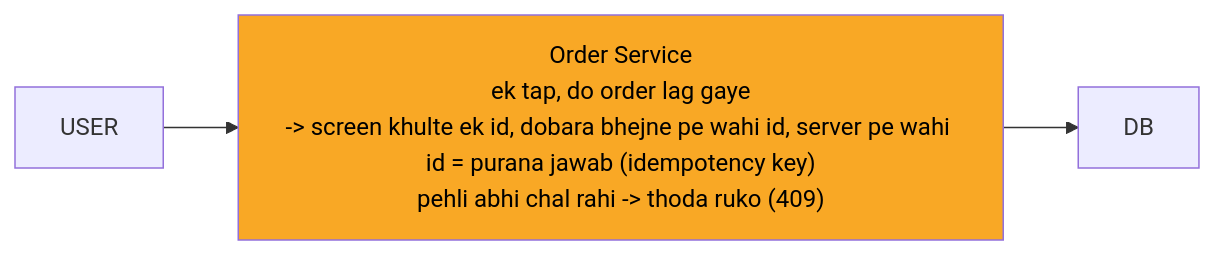
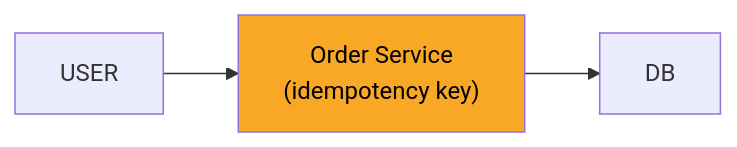
One commit to ArpanMaheshwari144/Prep changed the diagram in 04_HLD/SYSTEM_DESIGNS/05_stock_broker_trading/img/c1.mmd. Above: the diagram before and after it, drawn with Mermaid. The commit also changed 156 other files, not shown here.

```diff
--- a/04_HLD/SYSTEM_DESIGNS/05_stock_broker_trading/img/c1.mmd
+++ b/04_HLD/SYSTEM_DESIGNS/05_stock_broker_trading/img/c1.mmd
@@ -1,8 +1,8 @@
 %%{init: {"flowchart": {"wrappingWidth": 450}}}%%
 flowchart LR
     n_USER["USER"]
-    n_Order_Service["Order Service<br/>ek tap, do order lag gaye<br/>-> screen khulte ek id, dobara bhejne pe wahi id, server pe wahi id = purana jawab (idempotency key)<br/>pehli abhi chal rahi -> thoda ruko (409)"]
+    n_Order_Service["Order Service<br/>(idempotency key)"]
     n_DB["DB"]
     n_USER --> n_Order_Service
     n_Order_Service --> n_DB
     style n_Order_Service fill:#f9a825,color:#000
```
